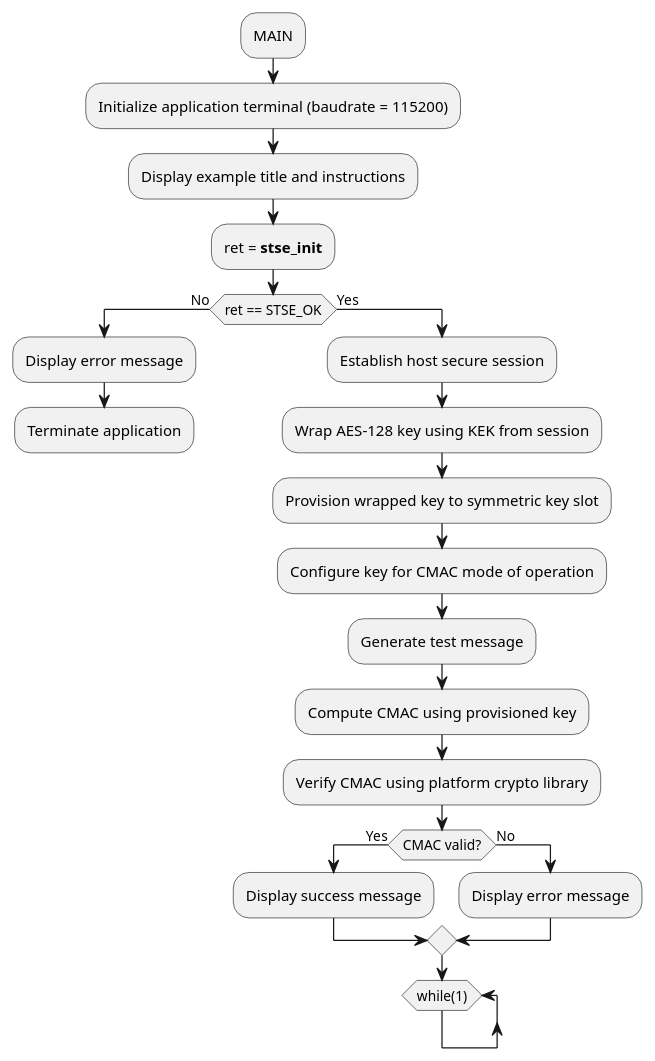
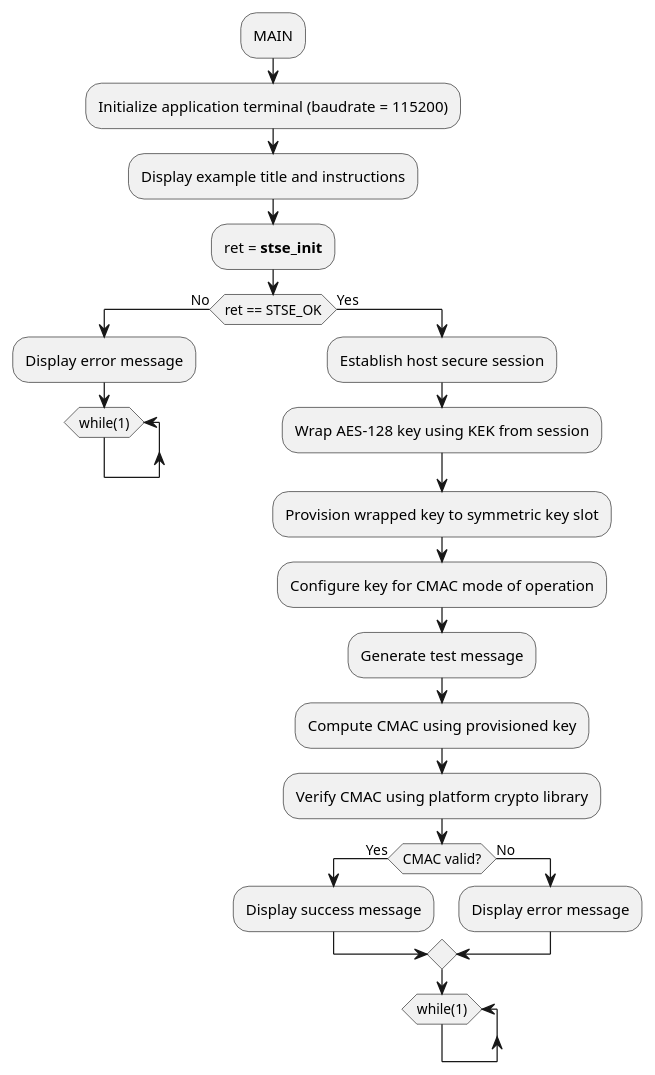
One commit to Grom-perso/STSAFE-A120_examples_dev changed the diagram in Documentation/resources/Markdown/03_Project_examples_description/Symmetric_key_provisioning_wrapped_AES-128_CMAC/STSAFE-A120_Symmetric_key_provisioning_wrapped_AES-128_CMAC.md. Above: the diagram before and after it, drawn with PlantUML. The commit also changed other lines of this file and 54 other files, not shown here.

```diff
--- a/Documentation/resources/Markdown/03_Project_examples_description/Symmetric_key_provisioning_wrapped_AES-128_CMAC/STSAFE-A120_Symmetric_key_provisioning_wrapped_AES-128_CMAC.md
+++ b/Documentation/resources/Markdown/03_Project_examples_description/Symmetric_key_provisioning_wrapped_AES-128_CMAC/STSAFE-A120_Symmetric_key_provisioning_wrapped_AES-128_CMAC.md
@@ -13,29 +11,30 @@
-@startuml{Symmetric_key_provisioning_wrapped_AES-128_CMAC_flowchart.png} "Wrapped AES-128 Key Provisioning CMAC flowchart" width=5cm
+@startuml "Wrapped AES-128 Key Provisioning CMAC flowchart" width=5cm
 	:MAIN;
 	:Initialize application terminal (baudrate = 115200);
 	:Display example title and instructions;
 	:ret = <b>stse_init</b>;
 	if(ret == STSE_OK) then (No)
 	:Display error message;
-	:Terminate application;
+	while (while(1))
+	end while
 	-[hidden]->
 	detach
 	else (Yes)
 	:Establish host secure session;
 	:Wrap AES-128 key using KEK from session;
 	:Provision wrapped key to symmetric key slot;
 	:Configure key for CMAC mode of operation;
 	:Generate test message;
 	:Compute CMAC using provisioned key;
 	:Verify CMAC using platform crypto library;
 	if(CMAC valid?) then (Yes)
 	:Display success message;
 	else (No)
 	:Display error message;
 	endif
 	while (while(1))
 	end while
 	-[hidden]->
 	detach
 	endif
 @enduml
```
